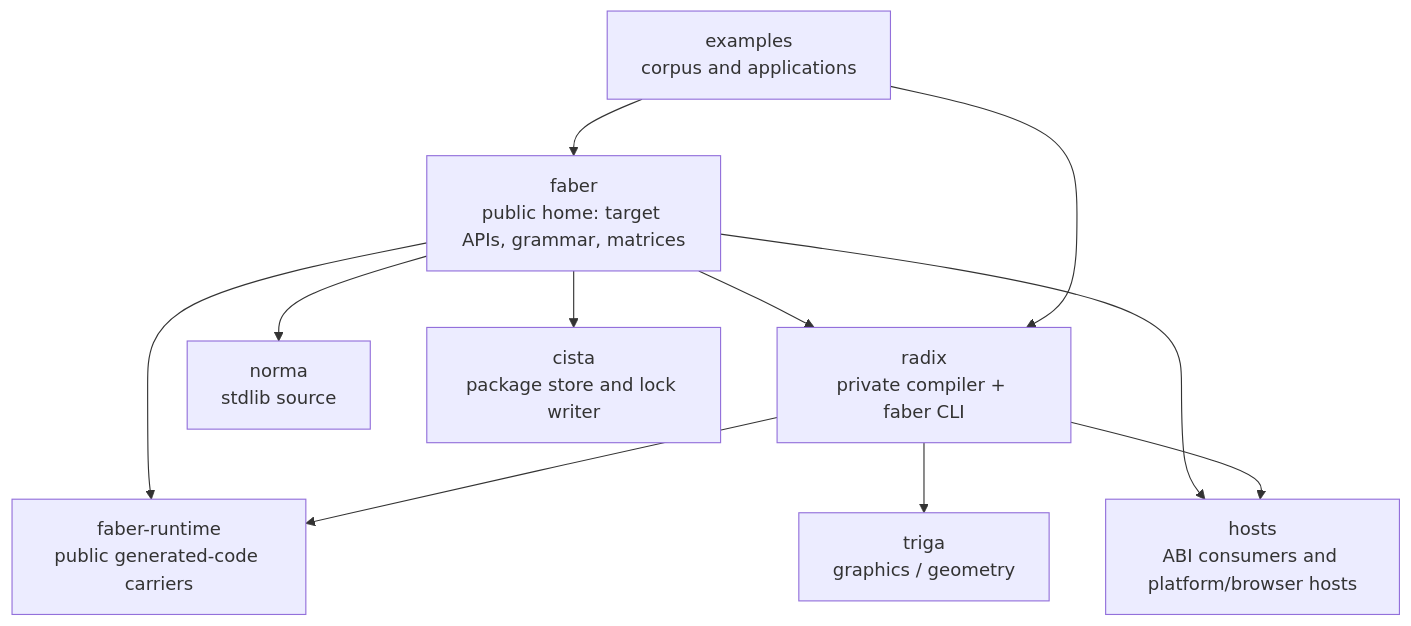
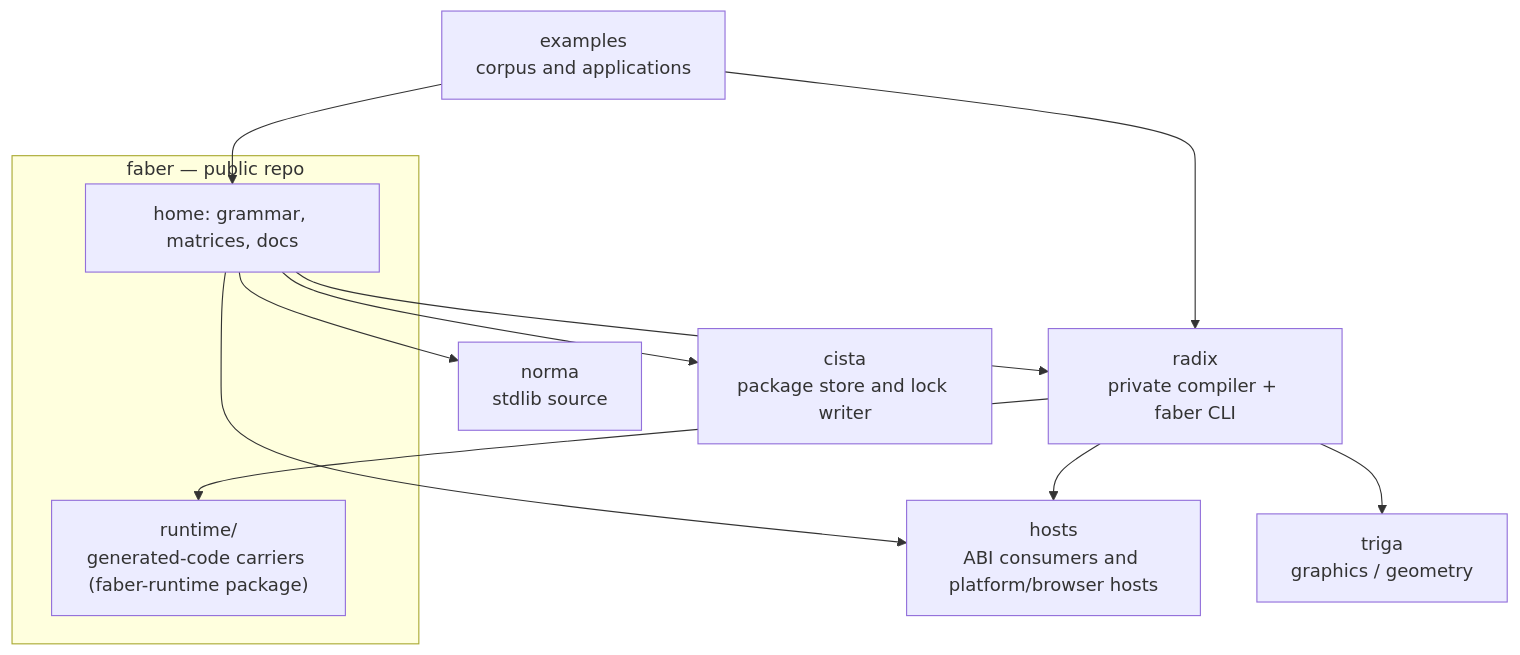
The second of 2 diagrams in README.md (faberlang/faber), drawn with Mermaid before and after one commit. The commit also changed 1 other file, not shown here.

Commit message:
fix(docs): depict faber/runtime as part of the faber repo, not a peer
The retired faber-runtime repository was deleted; the generated-code carriers
live at faber/runtime/. Replace the standalone Runtime node with a subgraph
showing faber's contents (keeping the legitimate faber-runtime Cargo package
identity), and update the ecosystem prose to the radix-measures / faber-
renders split.

````diff
--- a/README.md
+++ b/README.md
@@ -132,22 +132,23 @@
 ```mermaid
 flowchart TB
-    Faber["faber\npublic home: target APIs, grammar, matrices"]
+    subgraph faberrepo["faber — public repo"]
+        Home["home: grammar, matrices, docs"]
+        Runtime["runtime/\ngenerated-code carriers (faber-runtime package)"]
+    end
     Radix["radix\nprivate compiler + faber CLI"]
-    Runtime["faber-runtime\npublic generated-code carriers"]
     Hosts["hosts\nABI consumers and platform/browser hosts"]
     Norma["norma\nstdlib source"]
     Cista["cista\npackage store and lock writer"]
     Triga["triga\ngraphics / geometry"]
     Examples["examples\ncorpus and applications"]
 
-    Faber --> Radix
-    Faber --> Runtime
-    Faber --> Norma
-    Faber --> Hosts
-    Faber --> Cista
+    Home --> Radix
+    Home --> Norma
+    Home --> Hosts
+    Home --> Cista
     Radix --> Runtime
     Radix --> Triga
     Radix --> Hosts
-    Examples --> Faber
+    Examples --> Home
     Examples --> Radix
 ```
````
